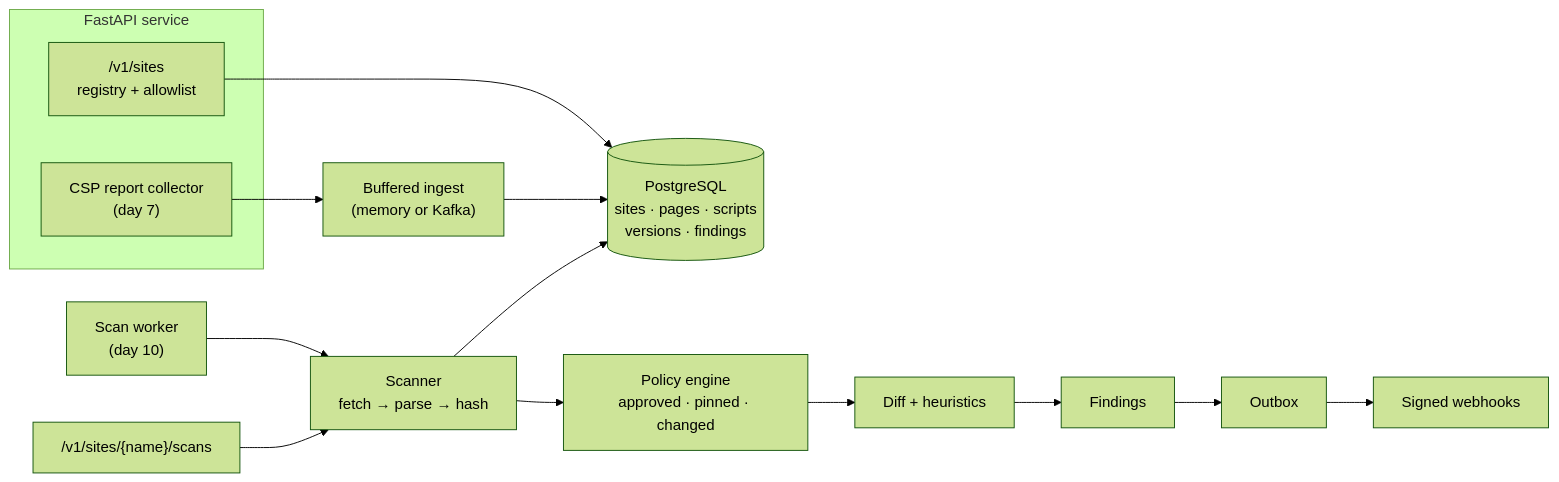
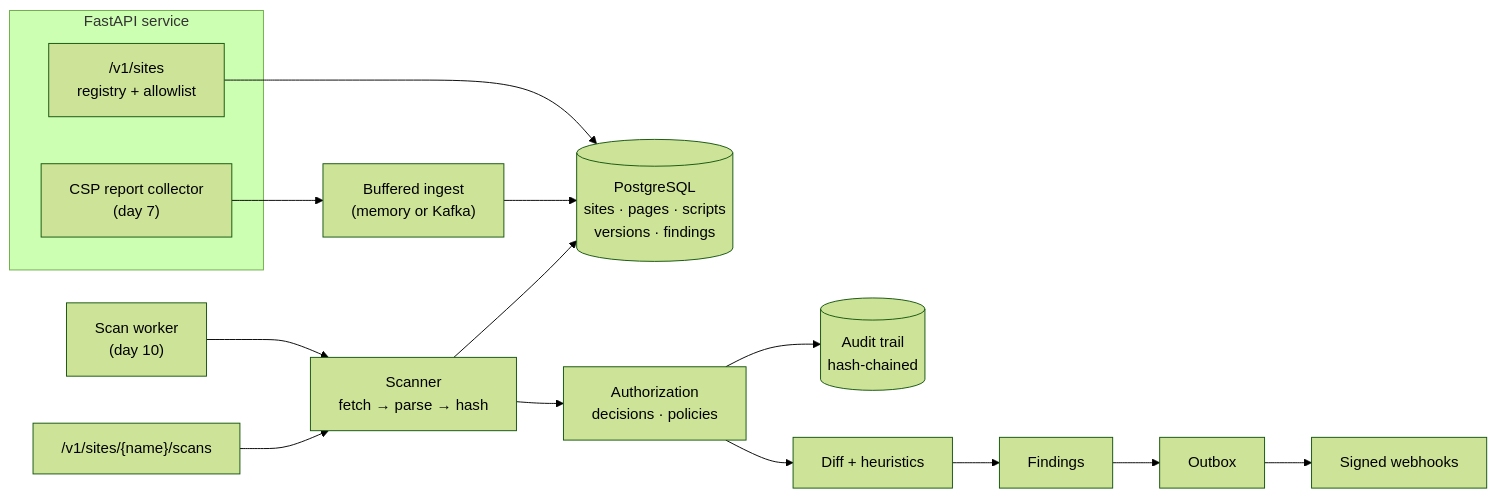
Before and after one commit to xeeshan16/script-sentinel: the first of 2 diagrams in README.md, drawn with Mermaid (forest theme). The commit also changed other lines of this file and 3 other files, not shown here.

````diff
--- a/README.md
+++ b/README.md
@@ -56,15 +59,16 @@
 ```mermaid
 flowchart LR
     subgraph API["FastAPI service"]
         sites["/v1/sites<br/>registry + allowlist"]
         csp["CSP report collector<br/>(day 7)"]
     end
     worker["Scan worker<br/>(day 10)"] --> scanner["Scanner<br/>fetch → parse → hash"]
     scans["/v1/sites/{name}/scans"] --> scanner
     scanner --> store[("PostgreSQL<br/>sites · pages · scripts<br/>versions · findings")]
-    scanner --> policy["Policy engine<br/>approved · pinned · changed"]
+    scanner --> policy["Authorization<br/>decisions · policies"]
+    policy --> trail[("Audit trail<br/>hash-chained")]
     policy --> diff["Diff + heuristics"]
     diff --> findings["Findings"] --> outbox["Outbox"] --> hooks["Signed webhooks"]
     sites --> store
     csp --> ingest["Buffered ingest<br/>(memory or Kafka)"] --> store
 ```
````
